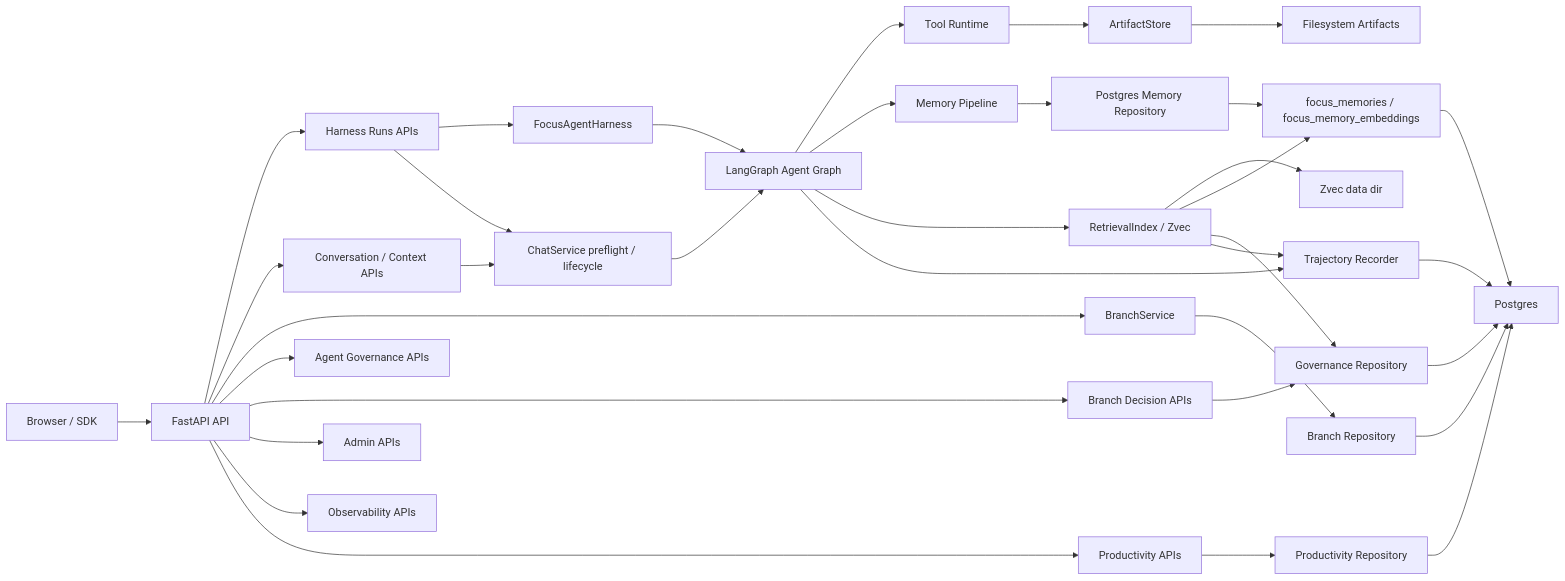
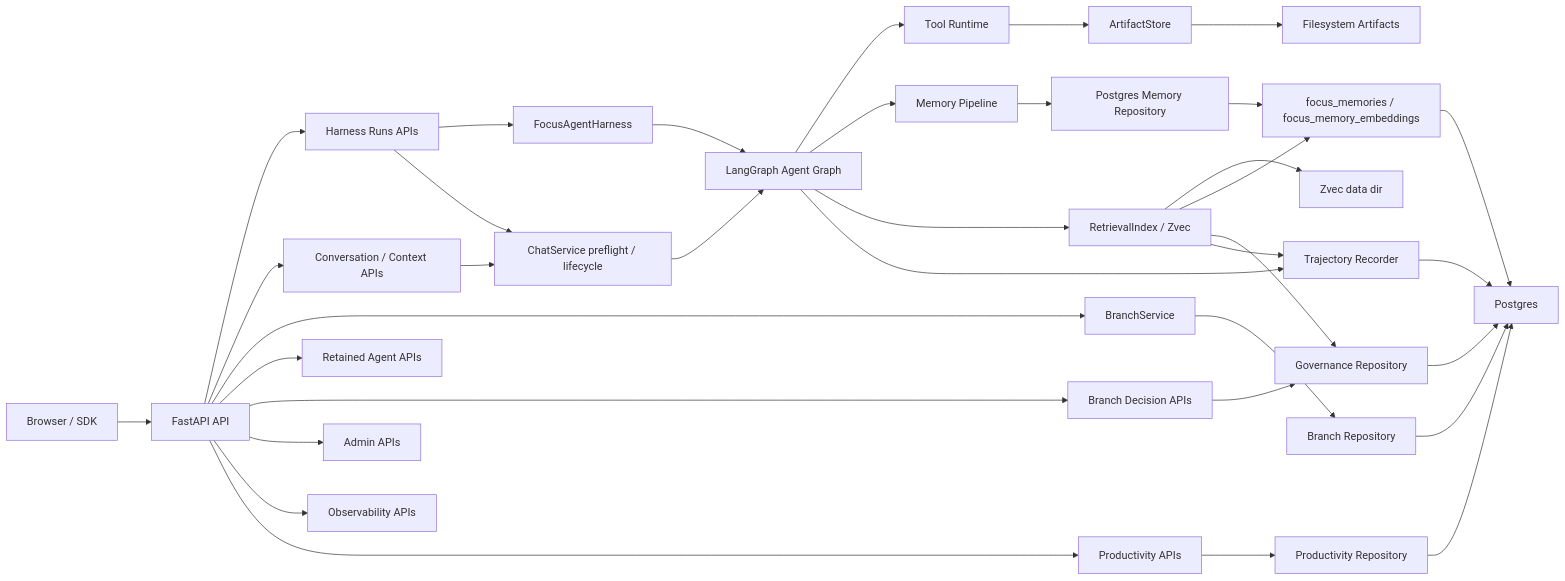
One commit to William-zgx/focus-agent changed the first of 10 diagrams in docs/architecture.md. Above: the diagram before and after it, drawn with Mermaid. The commit also changed other lines of this file and 141 other files, not shown here.

````diff
--- a/docs/architecture.md
+++ b/docs/architecture.md
@@ -68,37 +67,37 @@
 ```mermaid
 flowchart LR
     User["Browser / SDK"] --> API["FastAPI API"]
     API --> HarnessRoutes["Harness Runs APIs"]
     API --> ChatRoutes["Conversation / Context APIs"]
     API --> Branch["BranchService"]
-    API --> Governance["Agent Governance APIs"]
+    API --> AgentAPIs["Retained Agent APIs"]
     API --> Decision["Branch Decision APIs"]
     API --> Admin["Admin APIs"]
     API --> Obs["Observability APIs"]
     API --> Productivity["Productivity APIs"]
     HarnessRoutes --> Harness["FocusAgentHarness"]
     HarnessRoutes --> Chat["ChatService preflight / lifecycle"]
     ChatRoutes --> Chat
     Harness --> Graph["LangGraph Agent Graph"]
     Chat --> Graph["LangGraph Agent Graph"]
     Graph --> Tools["Tool Runtime"]
     Graph --> Memory["Memory Pipeline"]
     Graph --> Retrieval["RetrievalIndex / Zvec"]
     Graph --> Trace["Trajectory Recorder"]
     Branch --> Repo["Branch Repository"]
     Decision --> GovRepo["Governance Repository"]
     Memory --> MemoryRepo["Postgres Memory Repository"]
     MemoryRepo --> MemoryTables["focus_memories / focus_memory_embeddings"]
     Retrieval --> Zvec["Zvec data dir"]
     Retrieval --> MemoryTables
     Retrieval --> GovRepo
     Retrieval --> Trace
     Trace --> PG["Postgres"]
     Repo --> PG
     Productivity --> ProductivityRepo["Productivity Repository"]
     ProductivityRepo --> PG
     GovRepo --> PG
     MemoryTables --> PG
     Tools --> ArtifactStore["ArtifactStore"]
     ArtifactStore --> Artifacts["Filesystem Artifacts"]
 ```
````
